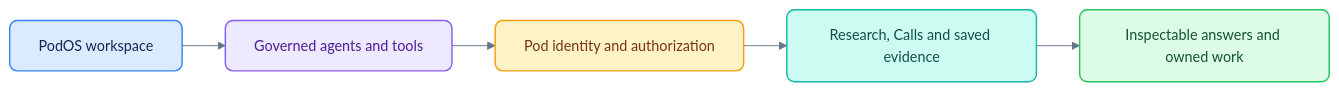
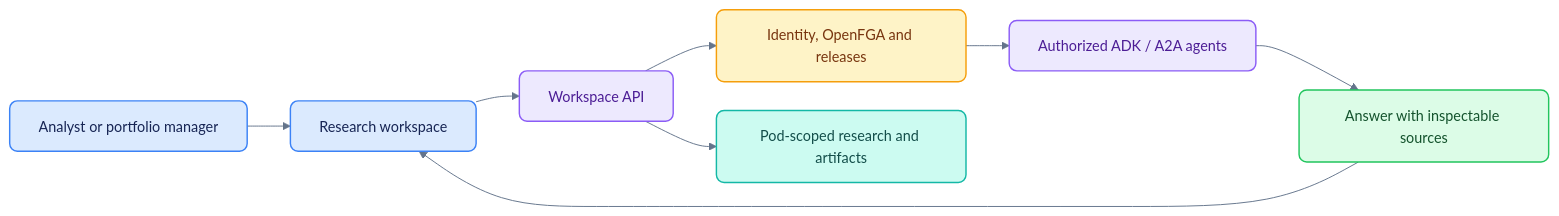
One commit to yasir-khalid/ai-native-workspace changed the diagram in README.md. Above: the diagram before and after it, drawn with Mermaid. The commit also changed other lines of this file and 326 other files, not shown here.

````diff
--- a/README.md
+++ b/README.md
@@ -12,60 +11,63 @@
 ```mermaid
 ---
 config:
   theme: "base"
   themeVariables:
     fontFamily: "Arial, Helvetica, sans-serif"
     fontSize: "15px"
     primaryColor: "#dbeafe"
     primaryTextColor: "#172554"
     primaryBorderColor: "#3b82f6"
     secondaryColor: "#ccfbf1"
     secondaryTextColor: "#134e4a"
     secondaryBorderColor: "#14b8a6"
     tertiaryColor: "#ede9fe"
     tertiaryTextColor: "#4c1d95"
     tertiaryBorderColor: "#8b5cf6"
     lineColor: "#64748b"
     textColor: "#0f172a"
     mainBkg: "#eff6ff"
     clusterBkg: "#f8fafc"
     clusterBorder: "#cbd5e1"
     edgeLabelBackground: "#ffffff"
     actorBkg: "#ede9fe"
     actorBorder: "#8b5cf6"
     actorTextColor: "#4c1d95"
     actorLineColor: "#94a3b8"
     signalColor: "#475569"
     signalTextColor: "#0f172a"
     noteBkgColor: "#fef3c7"
     noteBorderColor: "#f59e0b"
     noteTextColor: "#78350f"
     activationBkgColor: "#ccfbf1"
     activationBorderColor: "#14b8a6"
   flowchart:
     curve: "basis"
     htmlLabels: false
     nodeSpacing: 30
     rankSpacing: 45
   sequence:
     mirrorActors: false
     showSequenceNumbers: true
   fontFamily: "Arial, Helvetica, sans-serif"
 ---
 flowchart LR
-    accTitle: Research workspace at a glance
-    accDescr: The user workspace connects to governed agents with pod-scoped data, inspectable evidence and owned work.
-Workspace["PodOS workspace"]:::interface --> Govern["Governed agents and tools"]:::service
-    Govern --> Scope["Pod identity and authorization"]:::guard
-    Scope --> Research["Research, Calls and saved evidence"]:::store
-    Research --> Answer["Inspectable answers and owned work"]:::success
+    accTitle: PodOS overview
+    accDescr: The workspace calls the governed API, which authorizes agents and pod-scoped data before returning an answer with sources.
+User["Analyst or portfolio manager"]:::interface --> Web["Research workspace"]:::interface
+    Web --> API["Workspace API"]:::service
+    API --> Policy["Identity, OpenFGA and releases"]:::guard
+    Policy --> Agents["Authorized ADK / A2A agents"]:::service
+    API --> Data["Pod-scoped research and artifacts"]:::store
+    Agents --> Evidence["Answer with inspectable sources"]:::success
+    Evidence --> Web
     %% podos-theme:start
     classDef interface fill:#dbeafe,stroke:#3b82f6,color:#172554,stroke-width:1.5px,rx:8px,ry:8px
     classDef service fill:#ede9fe,stroke:#8b5cf6,color:#4c1d95,stroke-width:1.5px,rx:8px,ry:8px
     classDef store fill:#ccfbf1,stroke:#14b8a6,color:#134e4a,stroke-width:1.5px,rx:8px,ry:8px
     classDef guard fill:#fef3c7,stroke:#f59e0b,color:#78350f,stroke-width:1.5px,rx:8px,ry:8px
     classDef success fill:#dcfce7,stroke:#22c55e,color:#14532d,stroke-width:1.5px,rx:8px,ry:8px
     classDef risk fill:#ffe4e6,stroke:#f43f5e,color:#881337,stroke-width:1.5px,rx:8px,ry:8px
     classDef neutral fill:#f1f5f9,stroke:#94a3b8,color:#334155,stroke-width:1.5px,rx:8px,ry:8px
     %% podos-theme:end
 ```
````
